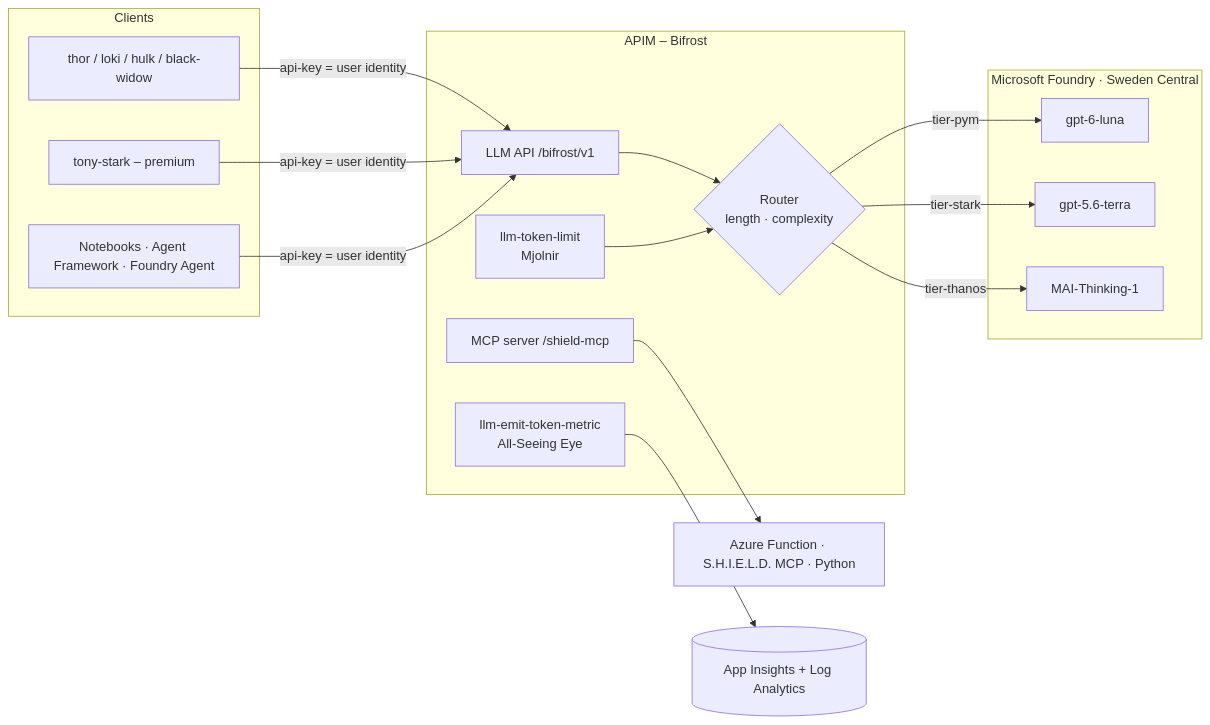
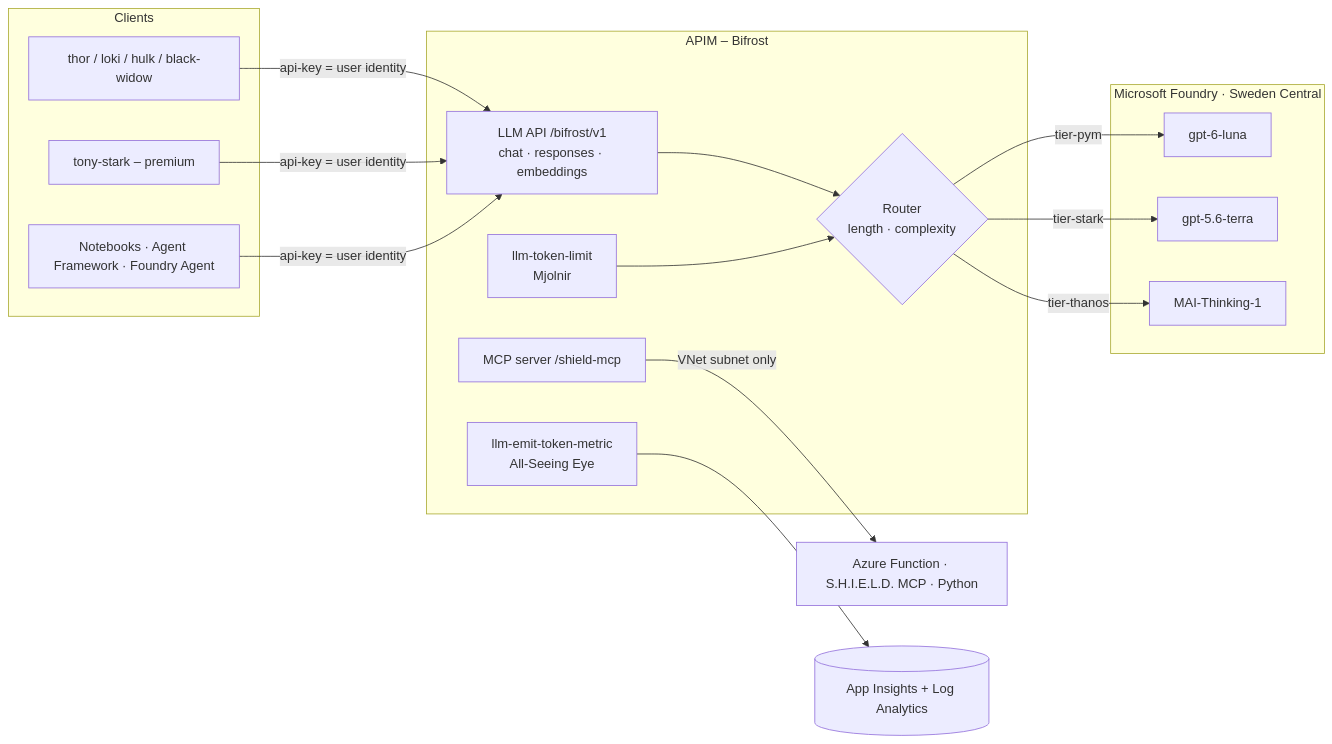
The diagram in README.md (nampacx/Azue-APIM-LLM-Gateway), drawn with Mermaid before and after one commit. The commit also changed other lines of this file and 27 other files, not shown here.

````diff
--- a/README.md
+++ b/README.md
@@ -18,24 +18,24 @@
 ```mermaid
 flowchart LR
   subgraph Clients
     T[thor / loki / hulk / black-widow]:::c
     S[tony-stark – premium]:::c
     N[Notebooks · Agent Framework · Foundry Agent]:::c
   end
   T & S & N -->|api-key = user identity| B
   subgraph Bifrost[APIM – Bifrost]
-    B[LLM API /bifrost/v1] --> R{Router<br/>length · complexity}
+    B[LLM API /bifrost/v1<br/>chat · responses · embeddings] --> R{Router<br/>length · complexity}
     L[llm-token-limit<br/>Mjolnir]:::p --> R
     M[llm-emit-token-metric<br/>All-Seeing Eye]:::p
     MCP[MCP server /shield-mcp]
   end
   R -->|tier-pym| F1[gpt-6-luna]
   R -->|tier-stark| F2[gpt-5.6-terra]
   R -->|tier-thanos| F3[MAI-Thinking-1]
   subgraph Foundry[Microsoft Foundry · Sweden Central]
     F1; F2; F3
   end
-  MCP --> FN[Azure Function · S.H.I.E.L.D. MCP · Python]
+  MCP -->|VNet subnet only| FN[Azure Function · S.H.I.E.L.D. MCP · Python]
   M --> AI[(App Insights + Log Analytics)]
   classDef c fill:#eef;classDef p fill:#fed
 ```
````
